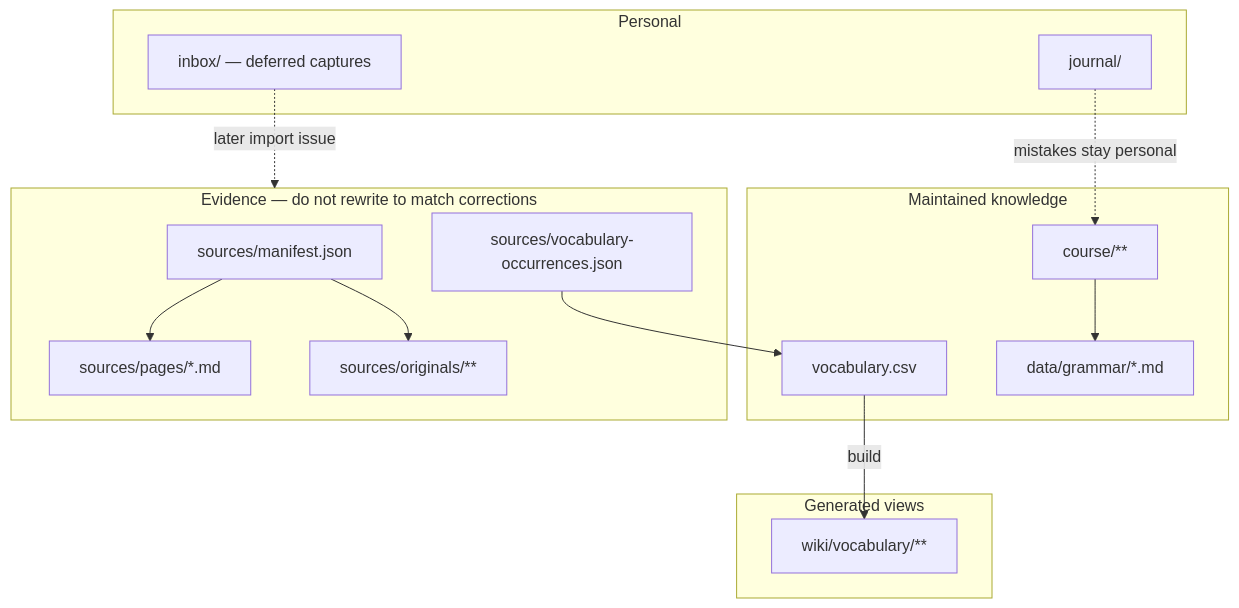
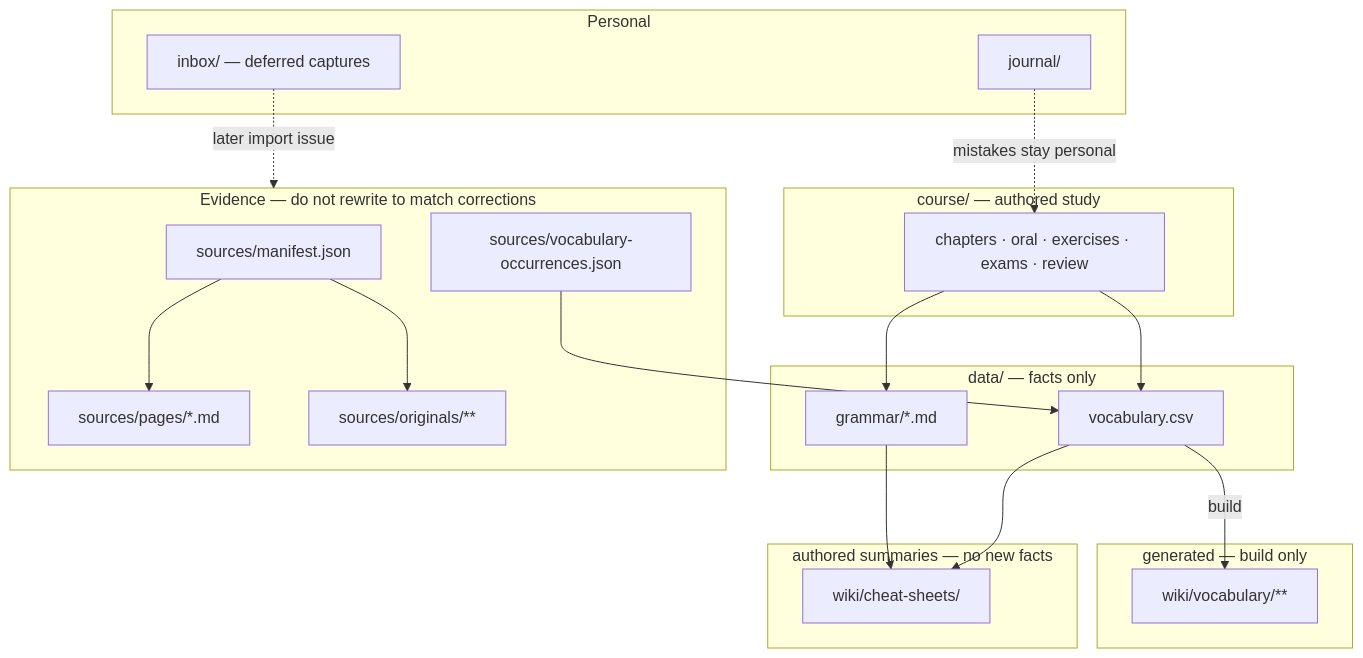
Before and after one commit to brickwalllegend2000/dutch-study: the first of 8 diagrams in docs/OVERVIEW.md, drawn with Mermaid. The commit also changed other lines of this file and 11 other files, not shown here.

First line of the commit message:
docs: describe soft data/course/views layers

````diff
--- a/docs/OVERVIEW.md
+++ b/docs/OVERVIEW.md
@@ -27,28 +36,36 @@
 ```mermaid
 flowchart TB
-  subgraph maintain["Maintained knowledge"]
+  subgraph data_layer["data/ — facts only"]
     CSV["vocabulary.csv"]
-    GRAM["data/grammar/*.md"]
-    COURSE["course/**"]
+    GRAM["grammar/*.md"]
   end
-  subgraph generate["Generated views"]
+  subgraph course_layer["course/ — authored study"]
+    COURSE["chapters · oral · exercises · exams · review"]
+  end
+  subgraph views_layer["generated — build only"]
     WV["wiki/vocabulary/**"]
+  end
+  subgraph summaries["authored summaries — no new facts"]
+    CS["wiki/cheat-sheets/"]
   end
   subgraph evidence["Evidence — do not rewrite to match corrections"]
     MAN["sources/manifest.json"]
     OCC["sources/vocabulary-occurrences.json"]
     SNAP["sources/pages/*.md"]
     BIN["sources/originals/**"]
   end
   subgraph personal["Personal"]
     J["journal/"]
     I["inbox/ — deferred captures"]
   end
   CSV -->|build| WV
   OCC --> CSV
   MAN --> SNAP
   MAN --> BIN
   COURSE --> GRAM
+  COURSE --> CSV
+  GRAM --> CS
+  CSV --> CS
   J -.->|mistakes stay personal| COURSE
   I -.->|later import issue| evidence
 ```
````
